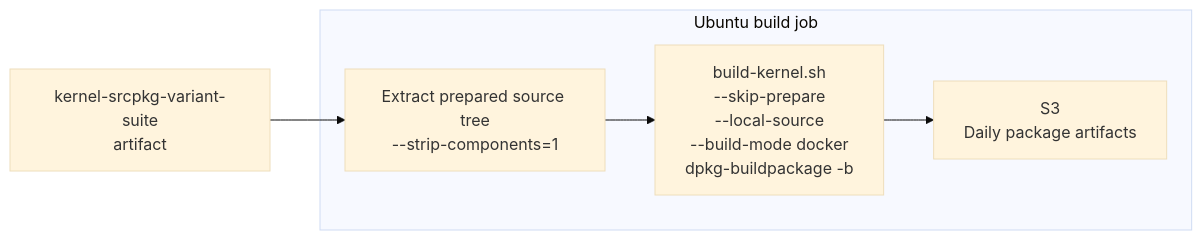
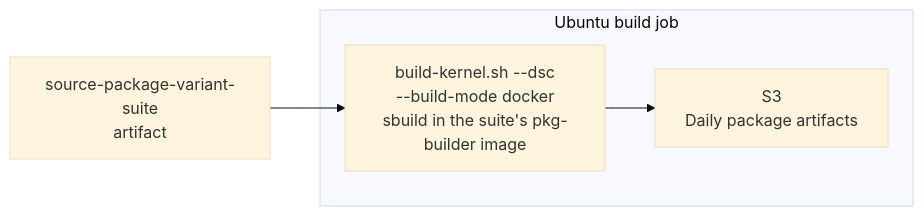
Before and after one commit to qualcomm-linux/pkg-linux-qcom: the sixth of 6 diagrams in README.md, drawn with Mermaid (base theme). The commit also changed other lines of this file, not shown here.

First line of the commit message:
docs: describe the source-package build path

````diff
--- a/README.md
+++ b/README.md
@@ -382,11 +386,10 @@
 ```mermaid
 flowchart LR
-    ART["kernel-srcpkg-variant-suite\nartifact"] --> EXT
+    ART["source-package-variant-suite\nartifact"] --> BK
 
     subgraph build[Ubuntu build job]
-        EXT["Extract prepared source tree\n--strip-components=1"] --> BK
-        BK["build-kernel.sh\n--skip-prepare\n--local-source\n--build-mode docker\ndpkg-buildpackage -b"] --> S3
+        BK["build-kernel.sh --dsc\n--build-mode docker\nsbuild in the suite's pkg-builder image"] --> S3
     end
 
     S3["S3\nDaily package artifacts"]
 ```
````
